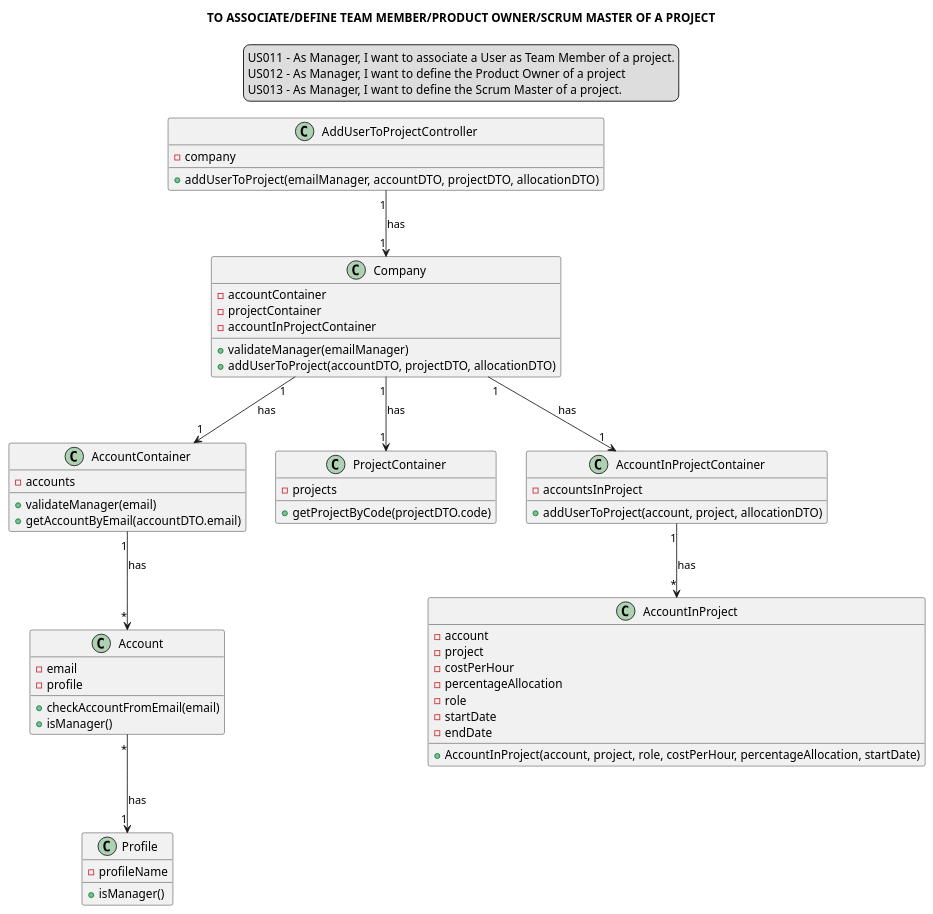
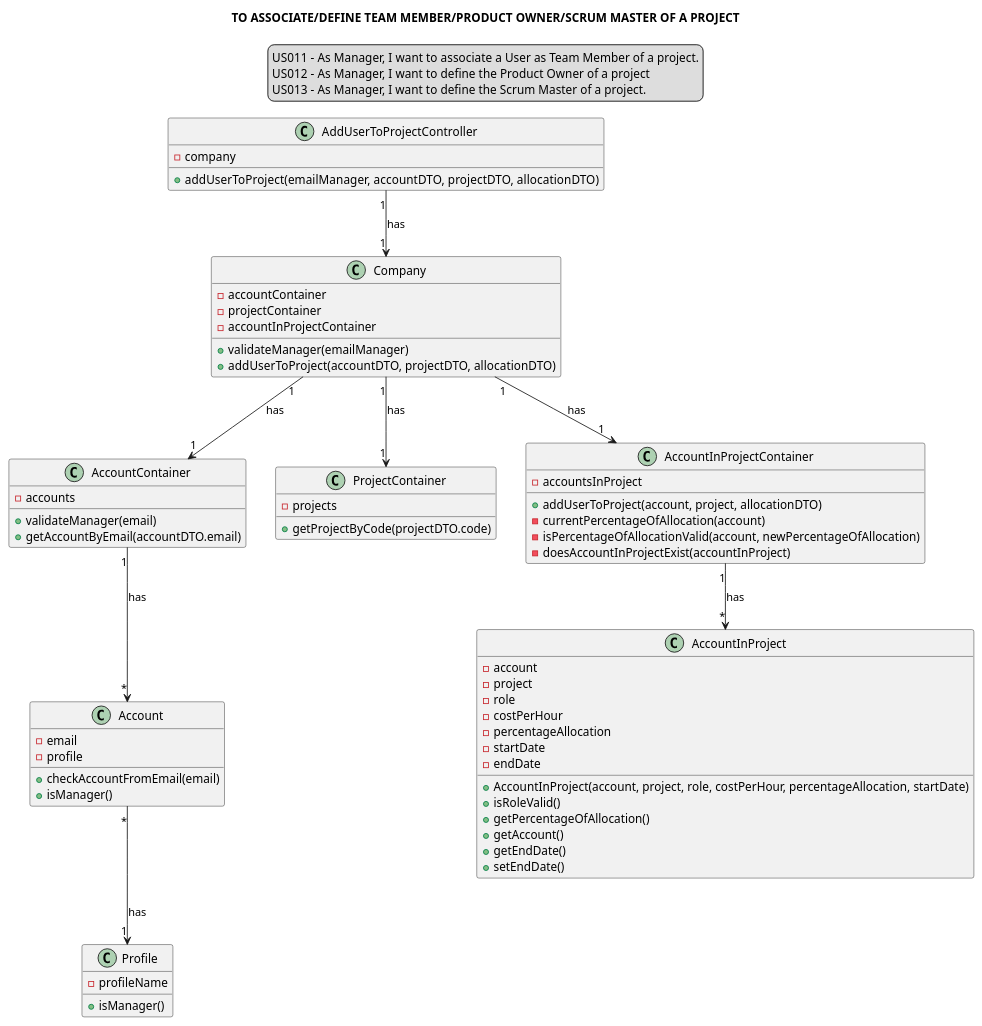
One commit to Loracline/project_switch_22-23 changed the diagram in docs/modelling_design/user_stories/sprint02/us011_us012_us013/US011_US012_US013_classDiagram.puml. Above: the diagram before and after it, drawn with PlantUML. The commit also changed 1 other file, not shown here.

Commit message:
US011-US013: Development: Added condition to setEndDate. | US011-US013: Design: Updated class diagram.

```diff
--- a/docs/modelling_design/user_stories/sprint02/us011_us012_us013/US011_US012_US013_classDiagram.puml
+++ b/docs/modelling_design/user_stories/sprint02/us011_us012_us013/US011_US012_US013_classDiagram.puml
@@ -1,71 +1,79 @@
 @startuml
 
 skinparam sequenceMessageAlign center
 title TO ASSOCIATE/DEFINE TEAM MEMBER/PRODUCT OWNER/SCRUM MASTER OF A PROJECT
 legend top
 US011 - As Manager, I want to associate a User as Team Member of a project.
 US012 - As Manager, I want to define the Product Owner of a project
 US013 - As Manager, I want to define the Scrum Master of a project.
 end legend
 
 class AddUserToProjectController {
 -company
 +addUserToProject(emailManager, accountDTO, projectDTO, allocationDTO)
 }
 
 class Company {
 -accountContainer
 -projectContainer
 -accountInProjectContainer
 +validateManager(emailManager)
 +addUserToProject(accountDTO, projectDTO, allocationDTO)
 }
 
 class AccountContainer {
 -accounts
 +validateManager(email)
 +getAccountByEmail(accountDTO.email)
 }
 
 class ProjectContainer {
 -projects
 +getProjectByCode(projectDTO.code)
 }
 
 class AccountInProject{
 -account
 -project
+-role
 -costPerHour
 -percentageAllocation
--role
 -startDate
 -endDate
 +AccountInProject(account, project, role, costPerHour, percentageAllocation, startDate)
++isRoleValid()
++getPercentageOfAllocation()
++getAccount()
++getEndDate()
++setEndDate()
+
 }
-
 class AccountInProjectContainer{
 -accountsInProject
 +addUserToProject(account, project, allocationDTO)
+-currentPercentageOfAllocation(account)
+-isPercentageOfAllocationValid(account, newPercentageOfAllocation)
+-doesAccountInProjectExist(accountInProject)
 }
 
 class "Account"{
 -email
 -profile
 +checkAccountFromEmail(email)
 +isManager()
 }
 
 class "Profile"{
 -profileName
 +isManager()
 }
 
 
 AddUserToProjectController "1"-->"1" Company:has
 Company "1"-->"1" AccountInProjectContainer: has
 Company "1"-->"1" AccountContainer: has
 Company "1"-->"1" ProjectContainer: has
 AccountInProjectContainer "1"--> "*" AccountInProject: has
 "AccountContainer""1" --> "*""Account": has
 "Account" "*"--> "1""Profile": has
 @enduml
```
